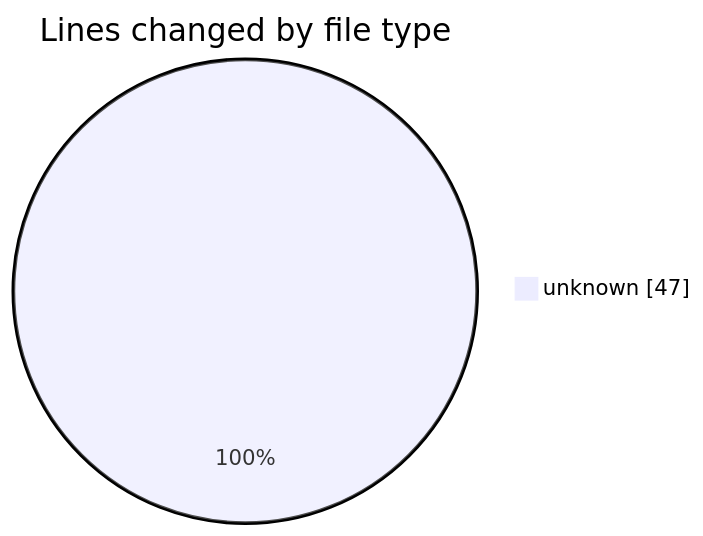
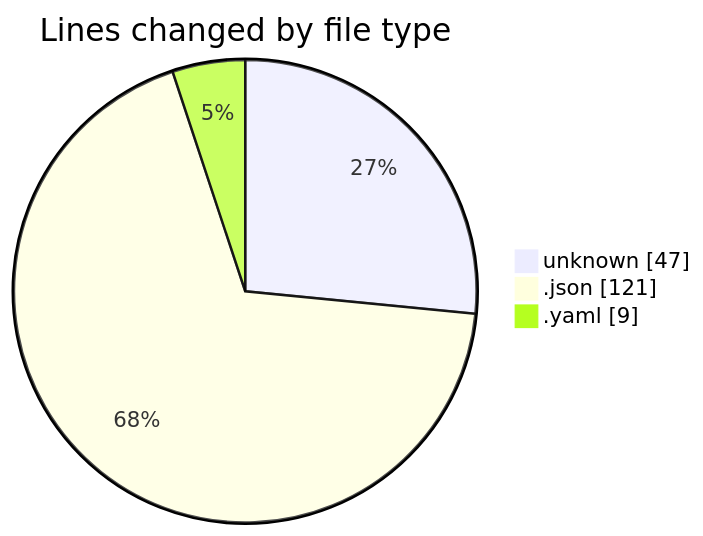
One commit to jadenblack/code-tracking changed the first of 2 diagrams in 2026-03-04/shadcn-admin-kit-main__workspace_/README.md. Above: the diagram before and after it, drawn with Mermaid. The commit also changed other lines of this file and 1 other file, not shown here.

````diff
--- a/2026-03-04/shadcn-admin-kit-main__workspace_/README.md
+++ b/2026-03-04/shadcn-admin-kit-main__workspace_/README.md
@@ -20,5 +23,7 @@
 ```mermaid
 pie showData
 title Lines changed by file type
 "unknown" : 47
+".json" : 121
+".yaml" : 9
 ```
````
